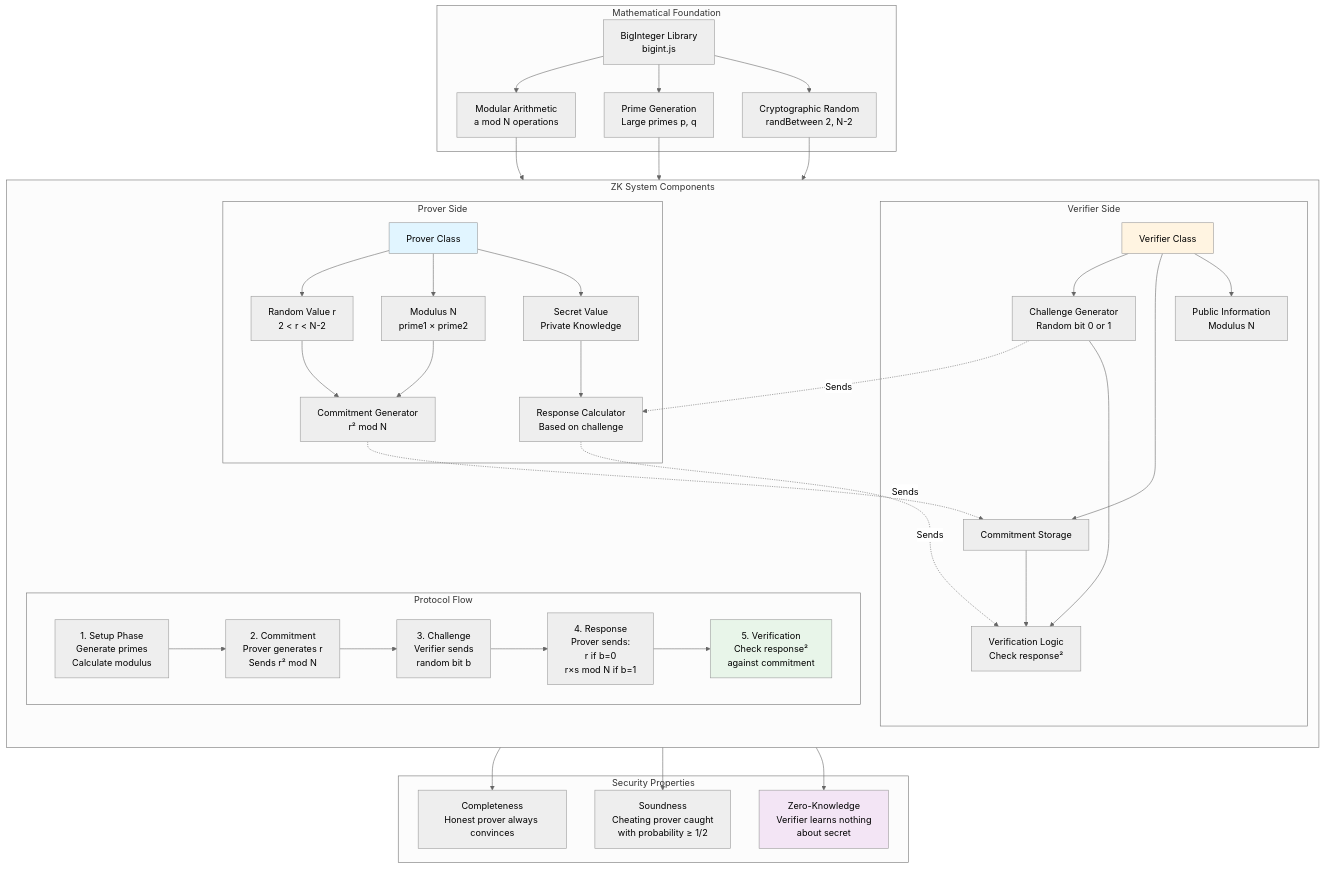
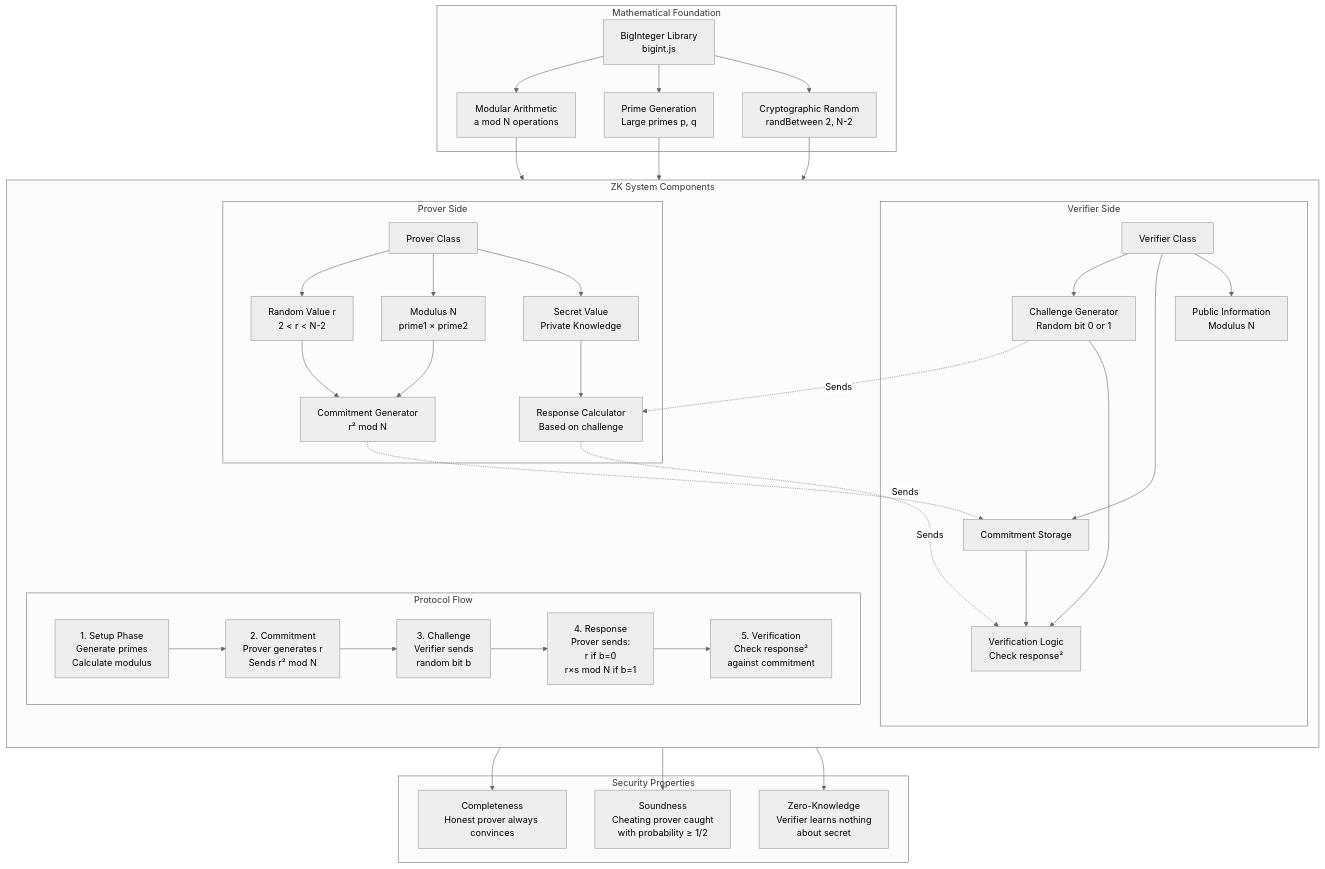
One commit to kynesyslabs/demos_network_technical_documentation changed the fifth of 10 diagrams in cryptography/CRYPTOGRAPHY_SYSTEMS.md. Above: the diagram before and after it, drawn with Mermaid (neutral theme). The commit also changed other lines of this file and 24 other files, not shown here.

````diff
--- a/cryptography/CRYPTOGRAPHY_SYSTEMS.md
+++ b/cryptography/CRYPTOGRAPHY_SYSTEMS.md
@@ -447,8 +426,4 @@
     PrimeGen --> Modulus
     RandomGen --> RandomValue
 
-    style ProverClass fill:#e1f5ff
-    style VerifierClass fill:#fff4e1
-    style Step5 fill:#e8f5e9
-    style ZeroKnowledge fill:#f3e5f5
 ```
````
